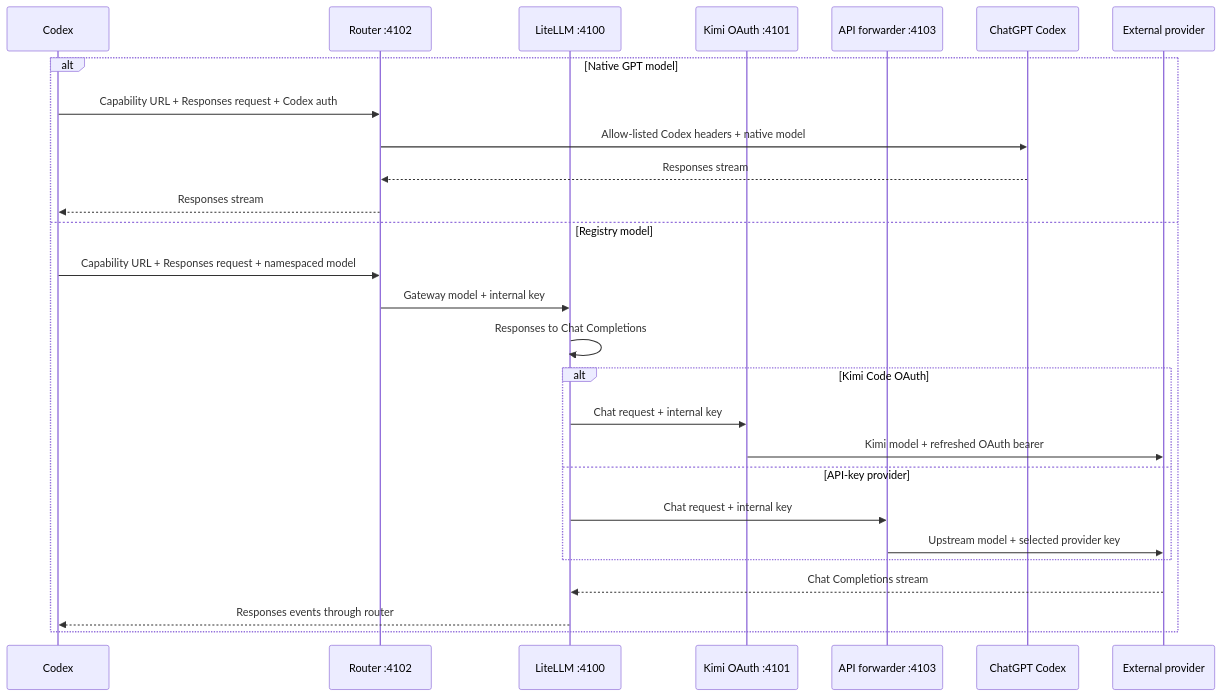
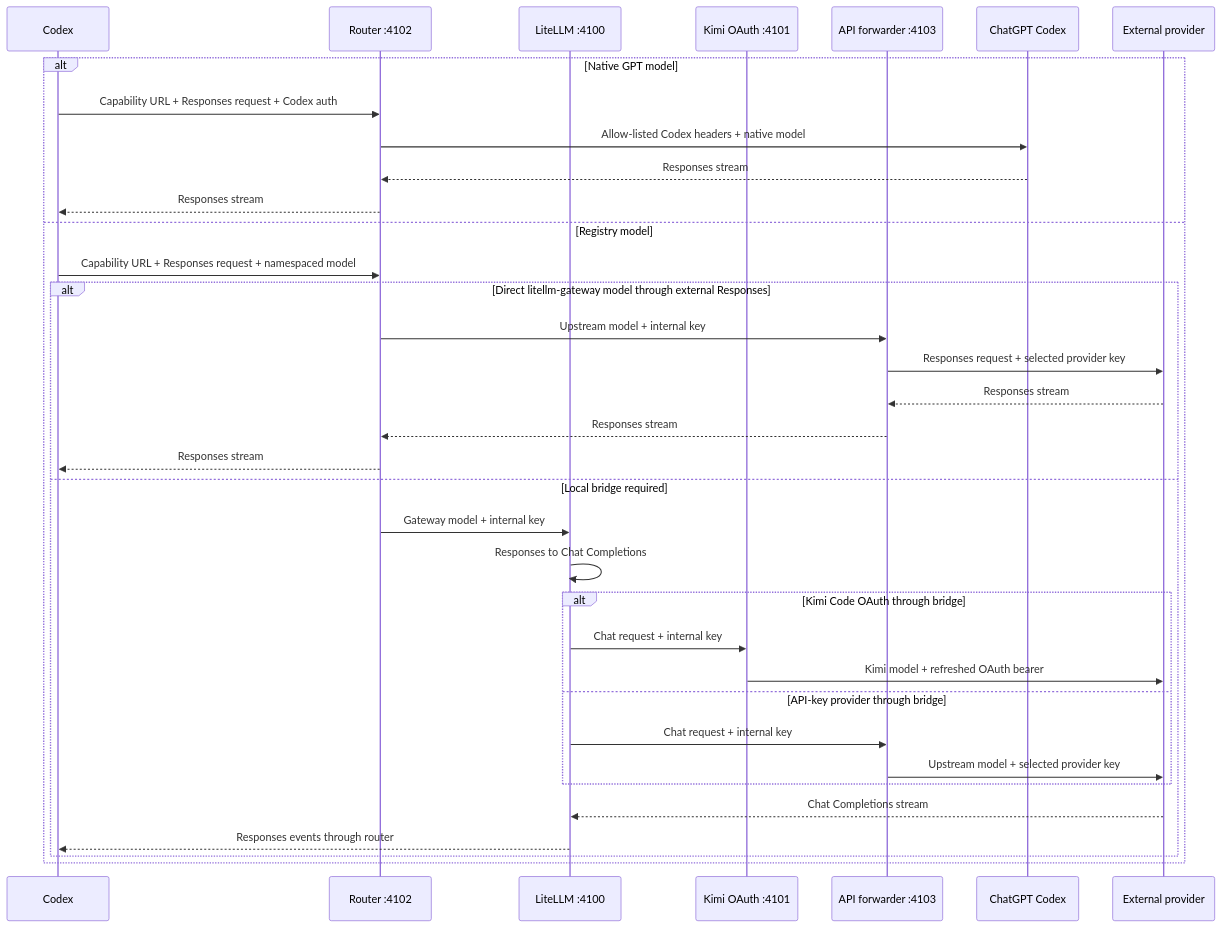
The diagram in docs/HOW-IT-WORKS.md (mavalko13/codex-router-litellm), drawn with Mermaid before and after one commit. The commit also changed other lines of this file and 28 other files, not shown here.

````diff
--- a/docs/HOW-IT-WORKS.md
+++ b/docs/HOW-IT-WORKS.md
@@ -22,30 +23,38 @@
 ```mermaid
 sequenceDiagram
   participant C as Codex
   participant R as Router :4102
   participant L as LiteLLM :4100
   participant O as Kimi OAuth :4101
   participant A as API forwarder :4103
   participant G as ChatGPT Codex
   participant P as External provider
 
   alt Native GPT model
     C->>R: Capability URL + Responses request + Codex auth
     R->>G: Allow-listed Codex headers + native model
     G-->>R: Responses stream
     R-->>C: Responses stream
   else Registry model
     C->>R: Capability URL + Responses request + namespaced model
-    R->>L: Gateway model + internal key
-    L->>L: Responses to Chat Completions
-    alt Kimi Code OAuth
-      L->>O: Chat request + internal key
-      O->>P: Kimi model + refreshed OAuth bearer
-    else API-key provider
-      L->>A: Chat request + internal key
-      A->>P: Upstream model + selected provider key
+    alt Direct litellm-gateway model through external Responses
+      R->>A: Upstream model + internal key
+      A->>P: Responses request + selected provider key
+      P-->>A: Responses stream
+      A-->>R: Responses stream
+      R-->>C: Responses stream
+    else Local bridge required
+      R->>L: Gateway model + internal key
+      L->>L: Responses to Chat Completions
+      alt Kimi Code OAuth through bridge
+        L->>O: Chat request + internal key
+        O->>P: Kimi model + refreshed OAuth bearer
+      else API-key provider through bridge
+        L->>A: Chat request + internal key
+        A->>P: Upstream model + selected provider key
+      end
+      P-->>L: Chat Completions stream
+      L-->>C: Responses events through router
     end
-    P-->>L: Chat Completions stream
-    L-->>C: Responses events through router
   end
 ```
````
